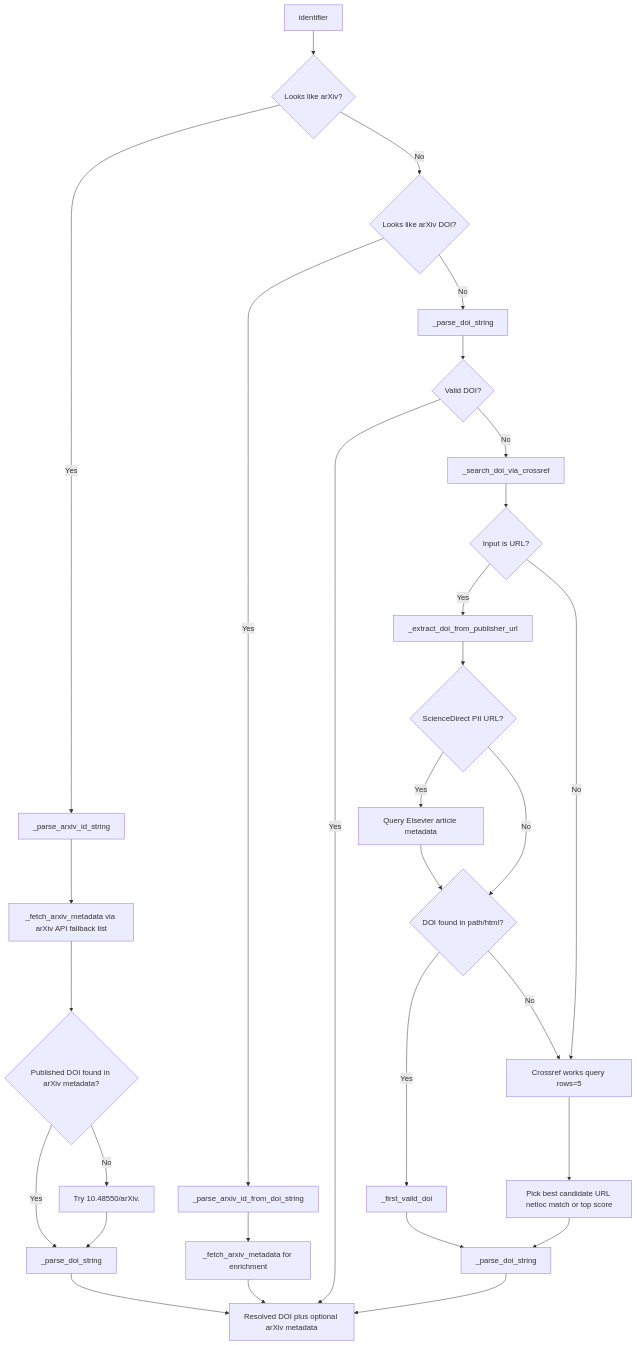
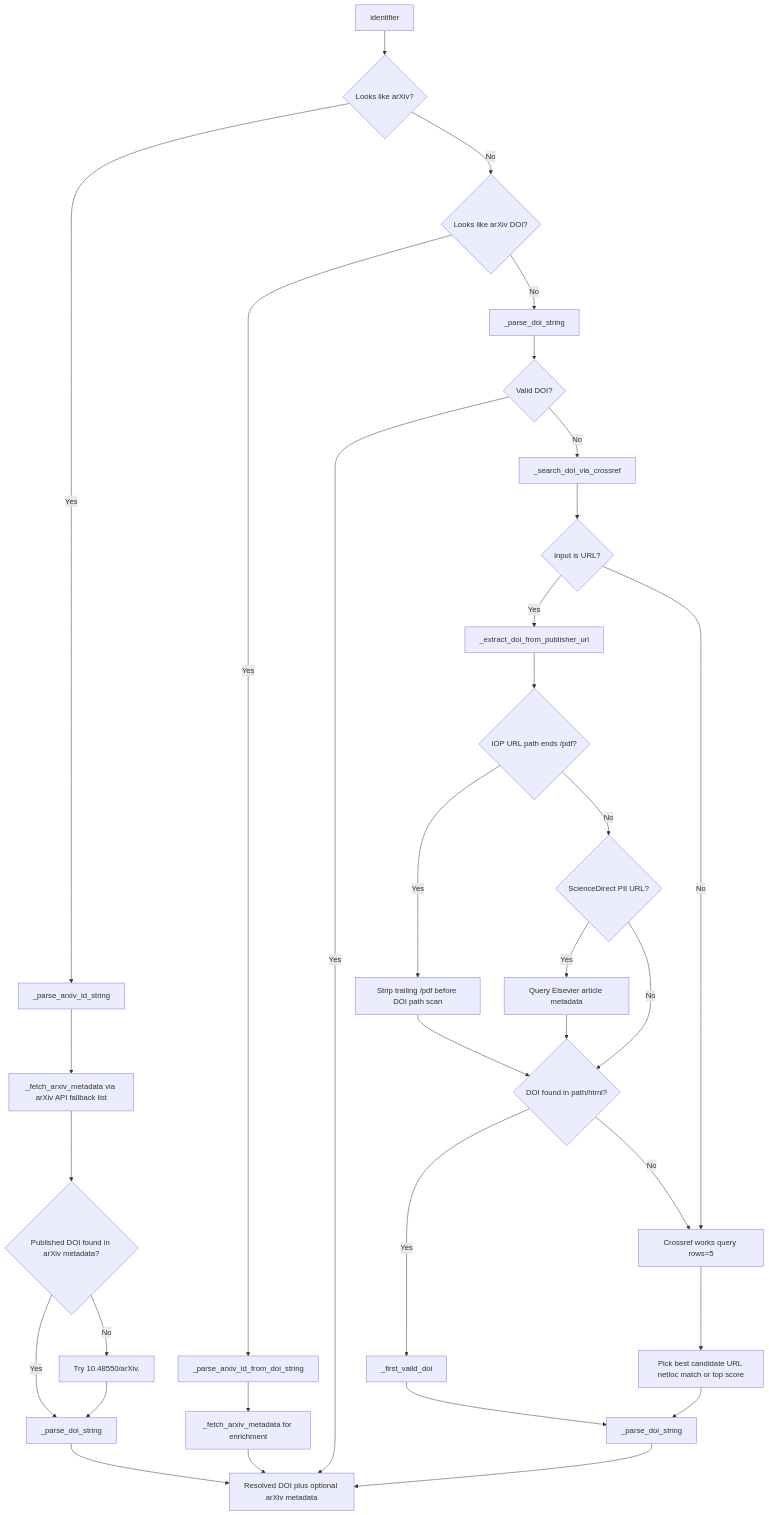
Before and after one commit to archisman-panigrahi/doi2bib3: the second of 4 diagrams in docs/ALGORITHM_VISUALS.md, drawn with Mermaid. The commit also changed 4 other files, not shown here.

````diff
--- a/docs/ALGORITHM_VISUALS.md
+++ b/docs/ALGORITHM_VISUALS.md
@@ -24,35 +24,38 @@
 ```mermaid
 flowchart TD
     A[identifier] --> B{Looks like arXiv?}
     B -->|Yes| C[_parse_arxiv_id_string]
     C --> D[_fetch_arxiv_metadata via arXiv API fallback list]
     D --> E{Published DOI found in arXiv metadata?}
     E -->|Yes| F[_parse_doi_string]
     E -->|No| G[Try 10.48550/arXiv.<id_without_version>]
     G --> F
 
     B -->|No| H{Looks like arXiv DOI?}
     H -->|Yes| I[_parse_arxiv_id_from_doi_string]
     I --> J[_fetch_arxiv_metadata for enrichment]
     J --> Z[Resolved DOI plus optional arXiv metadata]
 
     H -->|No| K[_parse_doi_string]
     K --> L{Valid DOI?}
     L -->|Yes| Z
     L -->|No| M[_search_doi_via_crossref]
 
     M --> N{Input is URL?}
     N -->|Yes| O[_extract_doi_from_publisher_url]
-    O --> U{ScienceDirect PII URL?}
+    O --> W{IOP URL path ends /pdf?}
+    W -->|Yes| X[Strip trailing /pdf before DOI path scan]
+    W -->|No| U{ScienceDirect PII URL?}
+    X --> P
     U -->|Yes| V[Query Elsevier article metadata]
     U -->|No| P{DOI found in path/html?}
     V --> P
     P -->|Yes| Q[_first_valid_doi]
     P -->|No| R[Crossref works query rows=5]
     N -->|No| R
     R --> S[Pick best candidate URL netloc match or top score]
     S --> T[_parse_doi_string]
     Q --> T
     F --> Z
     T --> Z
 ```
````
